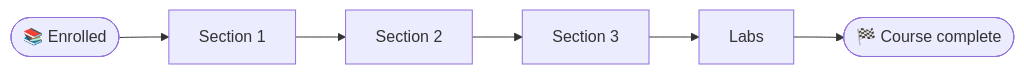
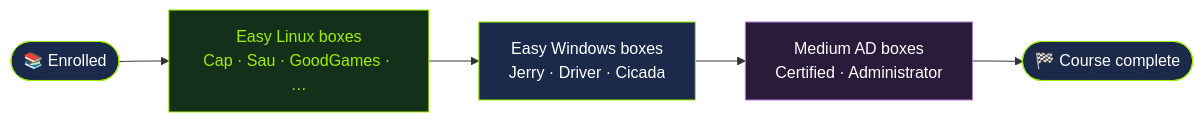
Before and after one commit to kmrlbhr/htb-intro-to-red-team: the diagram in README.md, drawn with Mermaid. The commit also changed other lines of this file, not shown here.

Commit message:
Populate roadmap + progress tracker with 15 course machines (Cap done)

````diff
--- a/README.md
+++ b/README.md
@@ -39,8 +39,13 @@
 ```mermaid
 flowchart LR
-    A([📚 Enrolled]) --> B[Section 1]
-    B --> C[Section 2]
-    C --> D[Section 3]
-    D --> E[Labs]
-    E --> F([🏁 Course complete])
+    A([📚 Enrolled]) --> B[Easy Linux boxes<br/>Cap · Sau · GoodGames · …]
+    B --> C[Easy Windows boxes<br/>Jerry · Driver · Cicada]
+    C --> D[Medium AD boxes<br/>Certified · Administrator]
+    D --> E([🏁 Course complete])
+
+    style A fill:#1b2a4a,stroke:#9FEF00,color:#fff
+    style B fill:#14301a,stroke:#9FEF00,color:#9FEF00
+    style C fill:#1b2a4a,stroke:#9FEF00,color:#fff
+    style D fill:#2a1b3a,stroke:#b57edc,color:#fff
+    style E fill:#1b2a4a,stroke:#9FEF00,color:#fff
 ```
````
